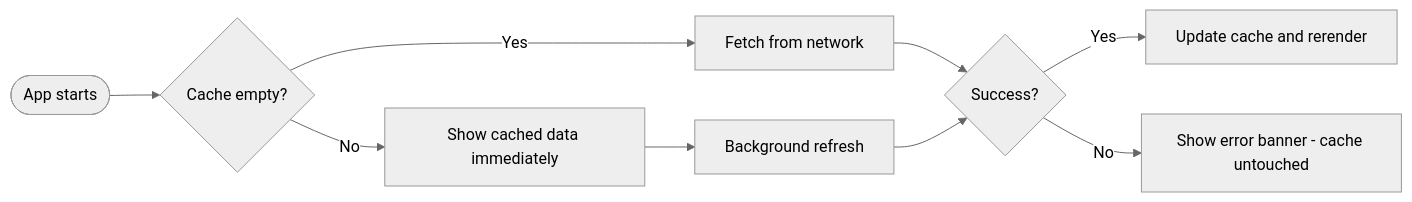
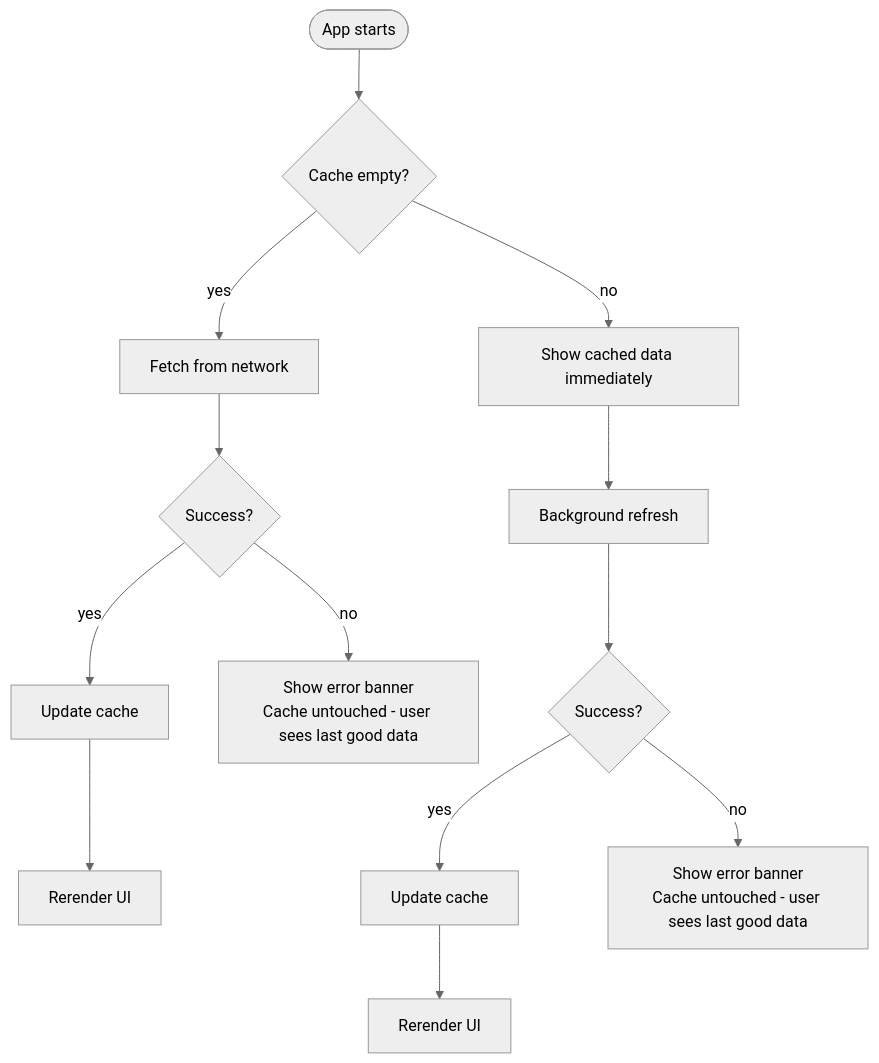
The sixth of 8 diagrams in PRESENTATION.md (sven-pettersson/Munchies), drawn with Mermaid (neutral theme) before and after one commit. The commit also changed other lines of this file, not shown here.

Commit message:
feat:adding presentation with graphs

````diff
--- a/PRESENTATION.md
+++ b/PRESENTATION.md
@@ -151,11 +146,13 @@
 ```mermaid
-graph LR
-    START([App starts]) --> EMPTY{Cache empty?}
-    EMPTY -->|Yes| FETCH[Fetch from network]
-    EMPTY -->|No| SHOW[Show cached data immediately]
-    FETCH --> OK{Success?}
-    OK -->|Yes| UPDATE[Update cache and rerender]
-    OK -->|No| ERR[Show error banner - cache untouched]
-    SHOW --> BG[Background refresh]
-    BG --> OK
+flowchart TD
+  A([App starts]) --> B{Cache empty?}
+  B -- yes --> C[Fetch from network]
+  C --> D{Success?}
+  D -- yes --> E[Update cache] --> F[Rerender UI]
+  D -- no --> G["Show error banner\nCache untouched - user sees last good data"]
+  B -- no --> H[Show cached data immediately]
+  H --> I[Background refresh]
+  I --> J{Success?}
+  J -- yes --> K[Update cache] --> L[Rerender UI]
+  J -- no --> M["Show error banner\nCache untouched - user sees last good data"]
 ```
````
